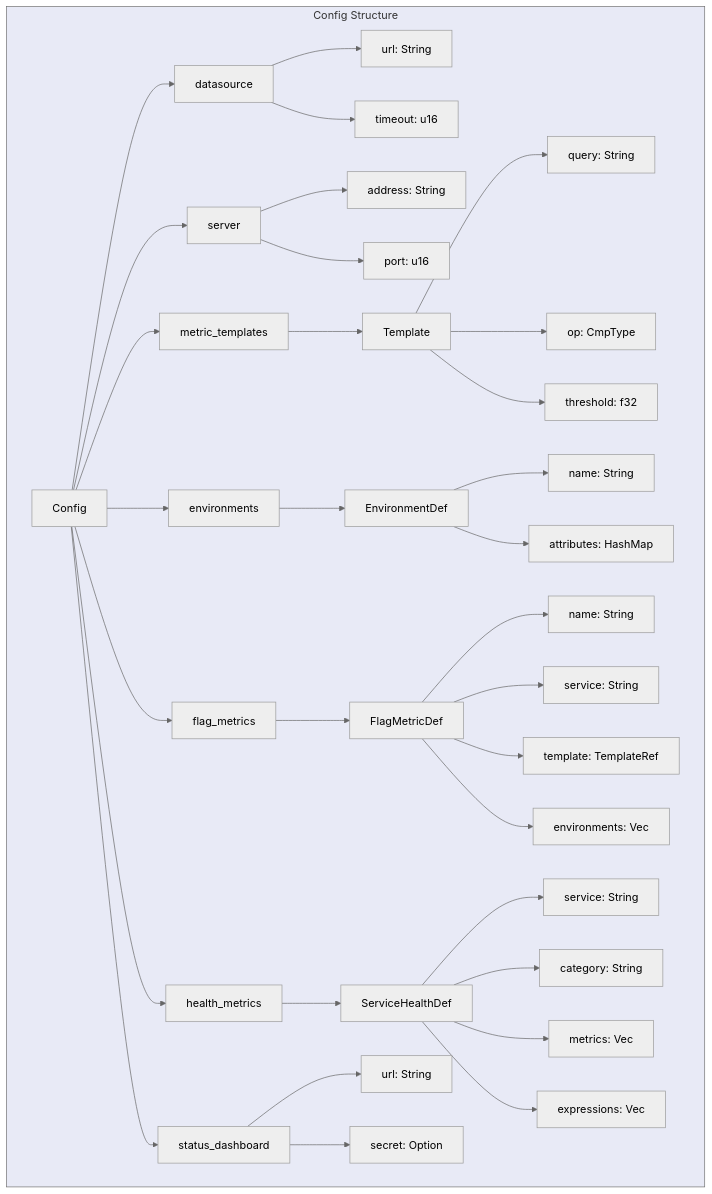
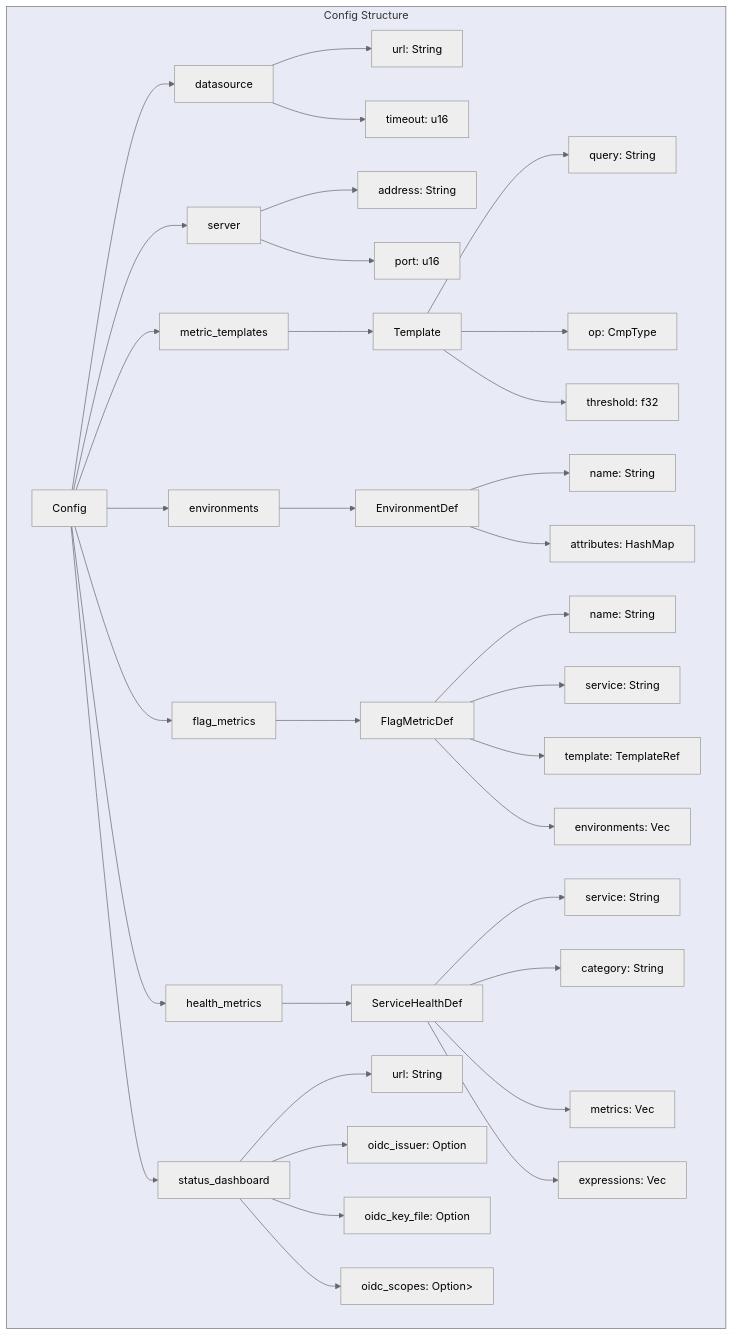
Before and after one commit to stackmon/metrics-processor: the tenth of 12 diagrams in doc/architecture/diagrams.md, drawn with Mermaid (neutral theme). The commit also changed other lines of this file and 55 other files, not shown here.

````diff
--- a/doc/architecture/diagrams.md
+++ b/doc/architecture/diagrams.md
@@ -392,45 +390,47 @@
 ```mermaid
 graph TD
     subgraph Config["Config Structure"]
         Root["Config"]
         Root --> DS["datasource"]
         Root --> Server["server"]
         Root --> Templates["metric_templates"]
         Root --> Envs["environments"]
         Root --> Flags["flag_metrics"]
         Root --> Health["health_metrics"]
         Root --> Status["status_dashboard"]
         
         DS --> DS_URL["url: String"]
         DS --> DS_Timeout["timeout: u16"]
         
         Server --> Server_Addr["address: String"]
         Server --> Server_Port["port: u16"]
         
         Templates --> Tmpl["Template"]
         Tmpl --> Tmpl_Query["query: String"]
         Tmpl --> Tmpl_Op["op: CmpType"]
         Tmpl --> Tmpl_Thresh["threshold: f32"]
         
         Envs --> Env["EnvironmentDef"]
         Env --> Env_Name["name: String"]
         Env --> Env_Attrs["attributes: HashMap"]
         
         Flags --> Flag["FlagMetricDef"]
         Flag --> Flag_Name["name: String"]
         Flag --> Flag_Service["service: String"]
         Flag --> Flag_Template["template: TemplateRef"]
         Flag --> Flag_Envs["environments: Vec"]
         
         Health --> HM["ServiceHealthDef"]
         HM --> HM_Service["service: String"]
         HM --> HM_Category["category: String"]
         HM --> HM_Metrics["metrics: Vec<String>"]
         HM --> HM_Exprs["expressions: Vec"]
         
         Status --> Status_URL["url: String"]
-        Status --> Status_Secret["secret: Option<String>"]
+        Status --> Status_Issuer["oidc_issuer: Option<String>"]
+        Status --> Status_KeyFile["oidc_key_file: Option<String>"]
+        Status --> Status_Scopes["oidc_scopes: Option<Vec<String>>"]
     end
     
     style Config fill:#e8eaf6
 ```
````
